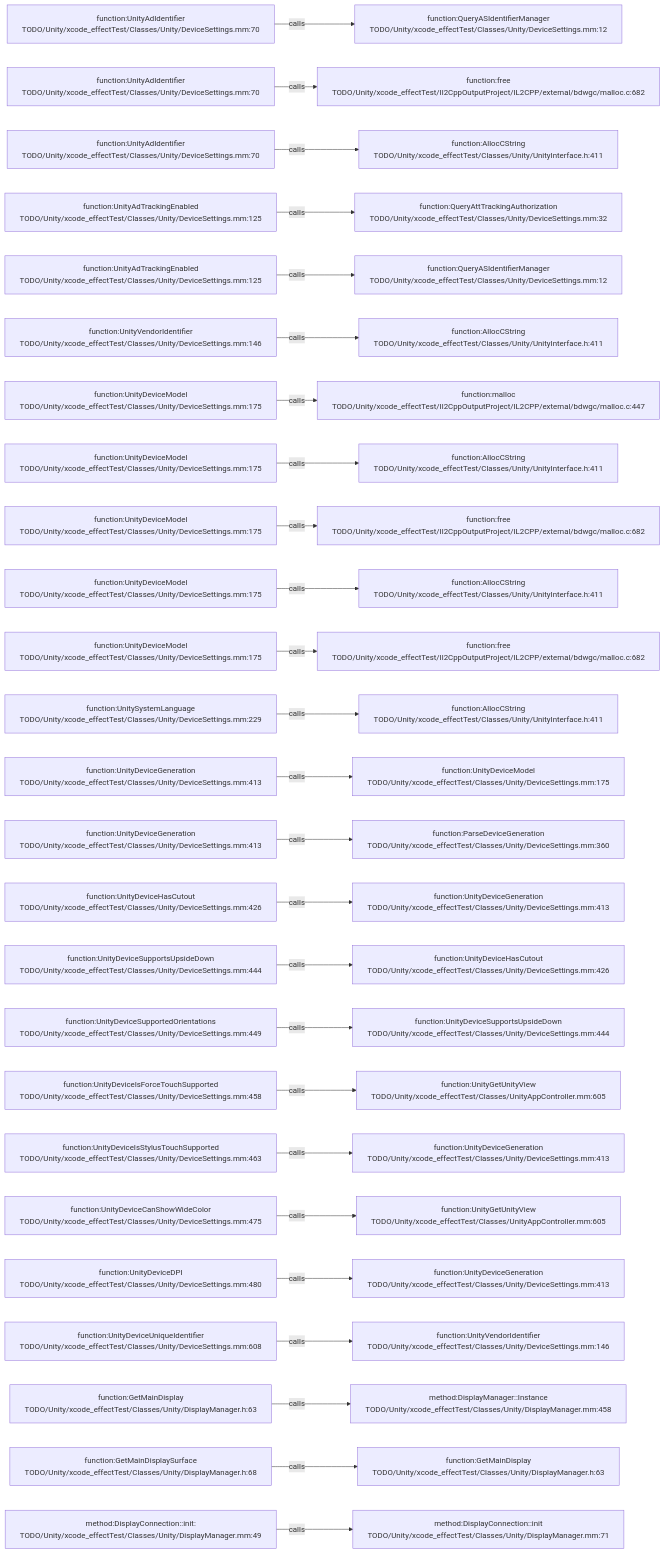
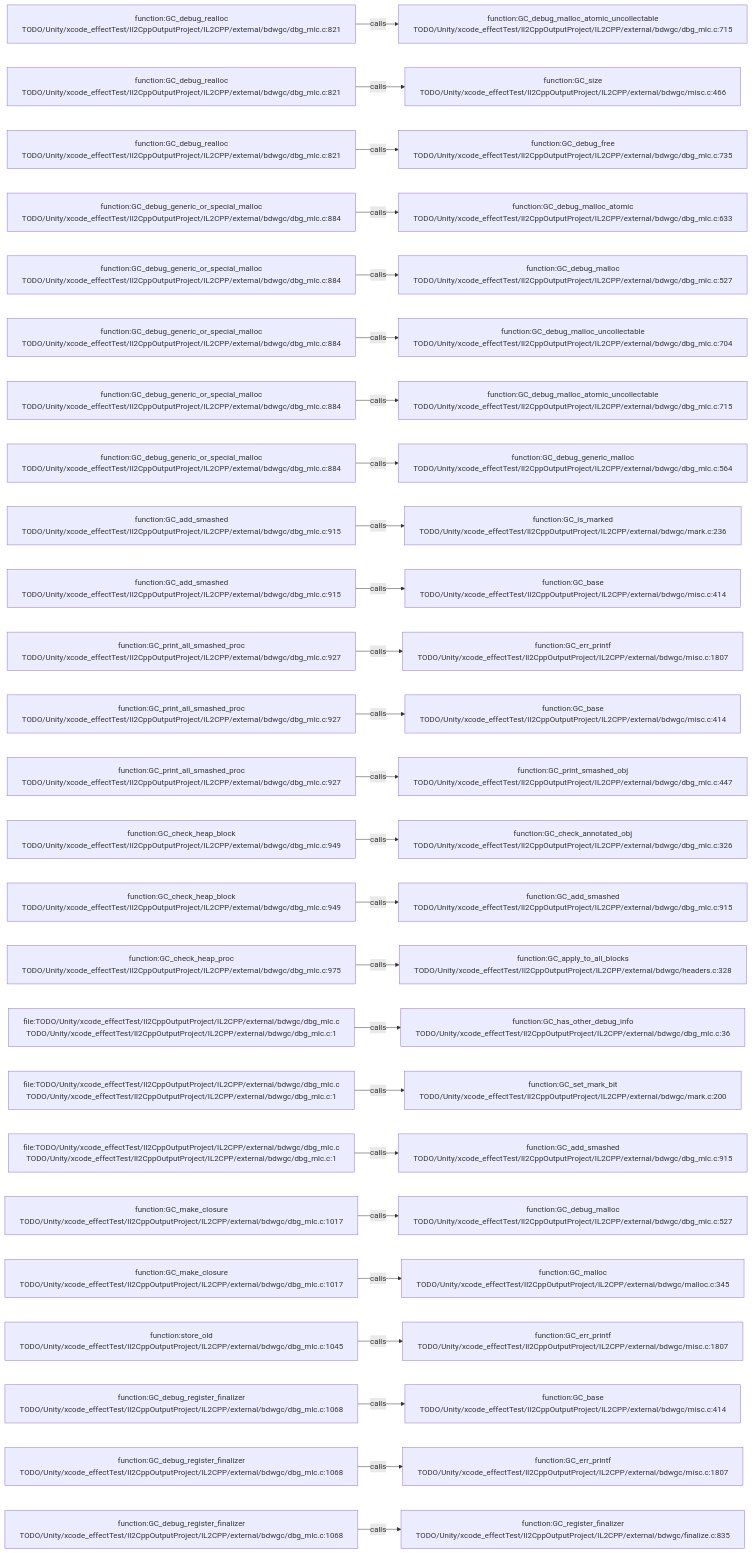
The diagram in .codegraph/codegraph.md/graphs/calls-102.md (JobsKits/JobsSwiftBaseConfigDemo), drawn with Mermaid before and after one commit. The commit also changed 227 other files, not shown here.

````diff
--- a/.codegraph/codegraph.md/graphs/calls-102.md
+++ b/.codegraph/codegraph.md/graphs/calls-102.md
@@ -13,78 +13,78 @@
 ```mermaid
 flowchart LR
-  S1["function:UnityAdIdentifier<br/>TODO/Unity/xcode_effectTest/Classes/Unity/DeviceSettings.mm:70"]
-  T1["function:QueryASIdentifierManager<br/>TODO/Unity/xcode_effectTest/Classes/Unity/DeviceSettings.mm:12"]
+  S1["function:GC_debug_realloc<br/>TODO/Unity/xcode_effectTest/Il2CppOutputProject/IL2CPP/external/bdwgc/dbg_mlc.c:821"]
+  T1["function:GC_debug_malloc_atomic_uncollectable<br/>TODO/Unity/xcode_effectTest/Il2CppOutputProject/IL2CPP/external/bdwgc/dbg_mlc.c:715"]
   S1 -->|calls| T1
-  S2["function:UnityAdIdentifier<br/>TODO/Unity/xcode_effectTest/Classes/Unity/DeviceSettings.mm:70"]
-  T2["function:free<br/>TODO/Unity/xcode_effectTest/Il2CppOutputProject/IL2CPP/external/bdwgc/malloc.c:682"]
+  S2["function:GC_debug_realloc<br/>TODO/Unity/xcode_effectTest/Il2CppOutputProject/IL2CPP/external/bdwgc/dbg_mlc.c:821"]
+  T2["function:GC_size<br/>TODO/Unity/xcode_effectTest/Il2CppOutputProject/IL2CPP/external/bdwgc/misc.c:466"]
   S2 -->|calls| T2
-  S3["function:UnityAdIdentifier<br/>TODO/Unity/xcode_effectTest/Classes/Unity/DeviceSettings.mm:70"]
-  T3["function:AllocCString<br/>TODO/Unity/xcode_effectTest/Classes/Unity/UnityInterface.h:411"]
+  S3["function:GC_debug_realloc<br/>TODO/Unity/xcode_effectTest/Il2CppOutputProject/IL2CPP/external/bdwgc/dbg_mlc.c:821"]
+  T3["function:GC_debug_free<br/>TODO/Unity/xcode_effectTest/Il2CppOutputProject/IL2CPP/external/bdwgc/dbg_mlc.c:735"]
   S3 -->|calls| T3
-  S4["function:UnityAdTrackingEnabled<br/>TODO/Unity/xcode_effectTest/Classes/Unity/DeviceSettings.mm:125"]
-  T4["function:QueryAttTrackingAuthorization<br/>TODO/Unity/xcode_effectTest/Classes/Unity/DeviceSettings.mm:32"]
+  S4["function:GC_debug_generic_or_special_malloc<br/>TODO/Unity/xcode_effectTest/Il2CppOutputProject/IL2CPP/external/bdwgc/dbg_mlc.c:884"]
+  T4["function:GC_debug_malloc_atomic<br/>TODO/Unity/xcode_effectTest/Il2CppOutputProject/IL2CPP/external/bdwgc/dbg_mlc.c:633"]
   S4 -->|calls| T4
-  S5["function:UnityAdTrackingEnabled<br/>TODO/Unity/xcode_effectTest/Classes/Unity/DeviceSettings.mm:125"]
-  T5["function:QueryASIdentifierManager<br/>TODO/Unity/xcode_effectTest/Classes/Unity/DeviceSettings.mm:12"]
+  S5["function:GC_debug_generic_or_special_malloc<br/>TODO/Unity/xcode_effectTest/Il2CppOutputProject/IL2CPP/external/bdwgc/dbg_mlc.c:884"]
+  T5["function:GC_debug_malloc<br/>TODO/Unity/xcode_effectTest/Il2CppOutputProject/IL2CPP/external/bdwgc/dbg_mlc.c:527"]
   S5 -->|calls| T5
-  S6["function:UnityVendorIdentifier<br/>TODO/Unity/xcode_effectTest/Classes/Unity/DeviceSettings.mm:146"]
-  T6["function:AllocCString<br/>TODO/Unity/xcode_effectTest/Classes/Unity/UnityInterface.h:411"]
+  S6["function:GC_debug_generic_or_special_malloc<br/>TODO/Unity/xcode_effectTest/Il2CppOutputProject/IL2CPP/external/bdwgc/dbg_mlc.c:884"]
+  T6["function:GC_debug_malloc_uncollectable<br/>TODO/Unity/xcode_effectTest/Il2CppOutputProject/IL2CPP/external/bdwgc/dbg_mlc.c:704"]
   S6 -->|calls| T6
-  S7["function:UnityDeviceModel<br/>TODO/Unity/xcode_effectTest/Classes/Unity/DeviceSettings.mm:175"]
-  T7["function:malloc<br/>TODO/Unity/xcode_effectTest/Il2CppOutputProject/IL2CPP/external/bdwgc/malloc.c:447"]
+  S7["function:GC_debug_generic_or_special_malloc<br/>TODO/Unity/xcode_effectTest/Il2CppOutputProject/IL2CPP/external/bdwgc/dbg_mlc.c:884"]
+  T7["function:GC_debug_malloc_atomic_uncollectable<br/>TODO/Unity/xcode_effectTest/Il2CppOutputProject/IL2CPP/external/bdwgc/dbg_mlc.c:715"]
   S7 -->|calls| T7
-  S8["function:UnityDeviceModel<br/>TODO/Unity/xcode_effectTest/Classes/Unity/DeviceSettings.mm:175"]
-  T8["function:AllocCString<br/>TODO/Unity/xcode_effectTest/Classes/Unity/UnityInterface.h:411"]
+  S8["function:GC_debug_generic_or_special_malloc<br/>TODO/Unity/xcode_effectTest/Il2CppOutputProject/IL2CPP/external/bdwgc/dbg_mlc.c:884"]
+  T8["function:GC_debug_generic_malloc<br/>TODO/Unity/xcode_effectTest/Il2CppOutputProject/IL2CPP/external/bdwgc/dbg_mlc.c:564"]
   S8 -->|calls| T8
-  S9["function:UnityDeviceModel<br/>TODO/Unity/xcode_effectTest/Classes/Unity/DeviceSettings.mm:175"]
-  T9["function:free<br/>TODO/Unity/xcode_effectTest/Il2CppOutputProject/IL2CPP/external/bdwgc/malloc.c:682"]
+  S9["function:GC_add_smashed<br/>TODO/Unity/xcode_effectTest/Il2CppOutputProject/IL2CPP/external/bdwgc/dbg_mlc.c:915"]
+  T9["function:GC_is_marked<br/>TODO/Unity/xcode_effectTest/Il2CppOutputProject/IL2CPP/external/bdwgc/mark.c:236"]
   S9 -->|calls| T9
-  S10["function:UnityDeviceModel<br/>TODO/Unity/xcode_effectTest/Classes/Unity/DeviceSettings.mm:175"]
-  T10["function:AllocCString<br/>TODO/Unity/xcode_effectTest/Classes/Unity/UnityInterface.h:411"]
+  S10["function:GC_add_smashed<br/>TODO/Unity/xcode_effectTest/Il2CppOutputProject/IL2CPP/external/bdwgc/dbg_mlc.c:915"]
+  T10["function:GC_base<br/>TODO/Unity/xcode_effectTest/Il2CppOutputProject/IL2CPP/external/bdwgc/misc.c:414"]
   S10 -->|calls| T10
-  S11["function:UnityDeviceModel<br/>TODO/Unity/xcode_effectTest/Classes/Unity/DeviceSettings.mm:175"]
-  T11["function:free<br/>TODO/Unity/xcode_effectTest/Il2CppOutputProject/IL2CPP/external/bdwgc/malloc.c:682"]
+  S11["function:GC_print_all_smashed_proc<br/>TODO/Unity/xcode_effectTest/Il2CppOutputProject/IL2CPP/external/bdwgc/dbg_mlc.c:927"]
+  T11["function:GC_err_printf<br/>TODO/Unity/xcode_effectTest/Il2CppOutputProject/IL2CPP/external/bdwgc/misc.c:1807"]
   S11 -->|calls| T11
-  S12["function:UnitySystemLanguage<br/>TODO/Unity/xcode_effectTest/Classes/Unity/DeviceSettings.mm:229"]
-  T12["function:AllocCString<br/>TODO/Unity/xcode_effectTest/Classes/Unity/UnityInterface.h:411"]
+  S12["function:GC_print_all_smashed_proc<br/>TODO/Unity/xcode_effectTest/Il2CppOutputProject/IL2CPP/external/bdwgc/dbg_mlc.c:927"]
+  T12["function:GC_base<br/>TODO/Unity/xcode_effectTest/Il2CppOutputProject/IL2CPP/external/bdwgc/misc.c:414"]
   S12 -->|calls| T12
-  S13["function:UnityDeviceGeneration<br/>TODO/Unity/xcode_effectTest/Classes/Unity/DeviceSettings.mm:413"]
-  T13["function:UnityDeviceModel<br/>TODO/Unity/xcode_effectTest/Classes/Unity/DeviceSettings.mm:175"]
+  S13["function:GC_print_all_smashed_proc<br/>TODO/Unity/xcode_effectTest/Il2CppOutputProject/IL2CPP/external/bdwgc/dbg_mlc.c:927"]
+  T13["function:GC_print_smashed_obj<br/>TODO/Unity/xcode_effectTest/Il2CppOutputProject/IL2CPP/external/bdwgc/dbg_mlc.c:447"]
   S13 -->|calls| T13
-  S14["function:UnityDeviceGeneration<br/>TODO/Unity/xcode_effectTest/Classes/Unity/DeviceSettings.mm:413"]
-  T14["function:ParseDeviceGeneration<br/>TODO/Unity/xcode_effectTest/Classes/Unity/DeviceSettings.mm:360"]
+  S14["function:GC_check_heap_block<br/>TODO/Unity/xcode_effectTest/Il2CppOutputProject/IL2CPP/external/bdwgc/dbg_mlc.c:949"]
+  T14["function:GC_check_annotated_obj<br/>TODO/Unity/xcode_effectTest/Il2CppOutputProject/IL2CPP/external/bdwgc/dbg_mlc.c:326"]
   S14 -->|calls| T14
-  S15["function:UnityDeviceHasCutout<br/>TODO/Unity/xcode_effectTest/Classes/Unity/DeviceSettings.mm:426"]
-  T15["function:UnityDeviceGeneration<br/>TODO/Unity/xcode_effectTest/Classes/Unity/DeviceSettings.mm:413"]
+  S15["function:GC_check_heap_block<br/>TODO/Unity/xcode_effectTest/Il2CppOutputProject/IL2CPP/external/bdwgc/dbg_mlc.c:949"]
+  T15["function:GC_add_smashed<br/>TODO/Unity/xcode_effectTest/Il2CppOutputProject/IL2CPP/external/bdwgc/dbg_mlc.c:915"]
   S15 -->|calls| T15
-  S16["function:UnityDeviceSupportsUpsideDown<br/>TODO/Unity/xcode_effectTest/Classes/Unity/DeviceSettings.mm:444"]
-  T16["function:UnityDeviceHasCutout<br/>TODO/Unity/xcode_effectTest/Classes/Unity/DeviceSettings.mm:426"]
+  S16["function:GC_check_heap_proc<br/>TODO/Unity/xcode_effectTest/Il2CppOutputProject/IL2CPP/external/bdwgc/dbg_mlc.c:975"]
+  T16["function:GC_apply_to_all_blocks<br/>TODO/Unity/xcode_effectTest/Il2CppOutputProject/IL2CPP/external/bdwgc/headers.c:328"]
   S16 -->|calls| T16
-  S17["function:UnityDeviceSupportedOrientations<br/>TODO/Unity/xcode_effectTest/Classes/Unity/DeviceSettings.mm:449"]
-  T17["function:UnityDeviceSupportsUpsideDown<br/>TODO/Unity/xcode_effectTest/Classes/Unity/DeviceSettings.mm:444"]
+  S17["file:TODO/Unity/xcode_effectTest/Il2CppOutputProject/IL2CPP/external/bdwgc/dbg_mlc.c<br/>TODO/Unity/xcode_effectTest/Il2CppOutputProject/IL2CPP/external/bdwgc/dbg_mlc.c:1"]
+  T17["function:GC_has_other_debug_info<br/>TODO/Unity/xcode_effectTest/Il2CppOutputProject/IL2CPP/external/bdwgc/dbg_mlc.c:36"]
   S17 -->|calls| T17
-  S18["function:UnityDeviceIsForceTouchSupported<br/>TODO/Unity/xcode_effectTest/Classes/Unity/DeviceSettings.mm:458"]
-  T18["function:UnityGetUnityView<br/>TODO/Unity/xcode_effectTest/Classes/UnityAppController.mm:605"]
+  S18["file:TODO/Unity/xcode_effectTest/Il2CppOutputProject/IL2CPP/external/bdwgc/dbg_mlc.c<br/>TODO/Unity/xcode_effectTest/Il2CppOutputProject/IL2CPP/external/bdwgc/dbg_mlc.c:1"]
+  T18["function:GC_set_mark_bit<br/>TODO/Unity/xcode_effectTest/Il2CppOutputProject/IL2CPP/external/bdwgc/mark.c:200"]
   S18 -->|calls| T18
-  S19["function:UnityDeviceIsStylusTouchSupported<br/>TODO/Unity/xcode_effectTest/Classes/Unity/DeviceSettings.mm:463"]
-  T19["function:UnityDeviceGeneration<br/>TODO/Unity/xcode_effectTest/Classes/Unity/DeviceSettings.mm:413"]
+  S19["file:TODO/Unity/xcode_effectTest/Il2CppOutputProject/IL2CPP/external/bdwgc/dbg_mlc.c<br/>TODO/Unity/xcode_effectTest/Il2CppOutputProject/IL2CPP/external/bdwgc/dbg_mlc.c:1"]
+  T19["function:GC_add_smashed<br/>TODO/Unity/xcode_effectTest/Il2CppOutputProject/IL2CPP/external/bdwgc/dbg_mlc.c:915"]
   S19 -->|calls| T19
-  S20["function:UnityDeviceCanShowWideColor<br/>TODO/Unity/xcode_effectTest/Classes/Unity/DeviceSettings.mm:475"]
-  T20["function:UnityGetUnityView<br/>TODO/Unity/xcode_effectTest/Classes/UnityAppController.mm:605"]
+  S20["function:GC_make_closure<br/>TODO/Unity/xcode_effectTest/Il2CppOutputProject/IL2CPP/external/bdwgc/dbg_mlc.c:1017"]
+  T20["function:GC_debug_malloc<br/>TODO/Unity/xcode_effectTest/Il2CppOutputProject/IL2CPP/external/bdwgc/dbg_mlc.c:527"]
   S20 -->|calls| T20
-  S21["function:UnityDeviceDPI<br/>TODO/Unity/xcode_effectTest/Classes/Unity/DeviceSettings.mm:480"]
-  T21["function:UnityDeviceGeneration<br/>TODO/Unity/xcode_effectTest/Classes/Unity/DeviceSettings.mm:413"]
+  S21["function:GC_make_closure<br/>TODO/Unity/xcode_effectTest/Il2CppOutputProject/IL2CPP/external/bdwgc/dbg_mlc.c:1017"]
+  T21["function:GC_malloc<br/>TODO/Unity/xcode_effectTest/Il2CppOutputProject/IL2CPP/external/bdwgc/malloc.c:345"]
   S21 -->|calls| T21
-  S22["function:UnityDeviceUniqueIdentifier<br/>TODO/Unity/xcode_effectTest/Classes/Unity/DeviceSettings.mm:608"]
-  T22["function:UnityVendorIdentifier<br/>TODO/Unity/xcode_effectTest/Classes/Unity/DeviceSettings.mm:146"]
+  S22["function:store_old<br/>TODO/Unity/xcode_effectTest/Il2CppOutputProject/IL2CPP/external/bdwgc/dbg_mlc.c:1045"]
+  T22["function:GC_err_printf<br/>TODO/Unity/xcode_effectTest/Il2CppOutputProject/IL2CPP/external/bdwgc/misc.c:1807"]
   S22 -->|calls| T22
-  S23["function:GetMainDisplay<br/>TODO/Unity/xcode_effectTest/Classes/Unity/DisplayManager.h:63"]
-  T23["method:DisplayManager::Instance<br/>TODO/Unity/xcode_effectTest/Classes/Unity/DisplayManager.mm:458"]
+  S23["function:GC_debug_register_finalizer<br/>TODO/Unity/xcode_effectTest/Il2CppOutputProject/IL2CPP/external/bdwgc/dbg_mlc.c:1068"]
+  T23["function:GC_base<br/>TODO/Unity/xcode_effectTest/Il2CppOutputProject/IL2CPP/external/bdwgc/misc.c:414"]
   S23 -->|calls| T23
-  S24["function:GetMainDisplaySurface<br/>TODO/Unity/xcode_effectTest/Classes/Unity/DisplayManager.h:68"]
-  T24["function:GetMainDisplay<br/>TODO/Unity/xcode_effectTest/Classes/Unity/DisplayManager.h:63"]
+  S24["function:GC_debug_register_finalizer<br/>TODO/Unity/xcode_effectTest/Il2CppOutputProject/IL2CPP/external/bdwgc/dbg_mlc.c:1068"]
+  T24["function:GC_err_printf<br/>TODO/Unity/xcode_effectTest/Il2CppOutputProject/IL2CPP/external/bdwgc/misc.c:1807"]
   S24 -->|calls| T24
-  S25["method:DisplayConnection::init:<br/>TODO/Unity/xcode_effectTest/Classes/Unity/DisplayManager.mm:49"]
-  T25["method:DisplayConnection::init<br/>TODO/Unity/xcode_effectTest/Classes/Unity/DisplayManager.mm:71"]
+  S25["function:GC_debug_register_finalizer<br/>TODO/Unity/xcode_effectTest/Il2CppOutputProject/IL2CPP/external/bdwgc/dbg_mlc.c:1068"]
+  T25["function:GC_register_finalizer<br/>TODO/Unity/xcode_effectTest/Il2CppOutputProject/IL2CPP/external/bdwgc/finalize.c:835"]
   S25 -->|calls| T25
 ```
````
